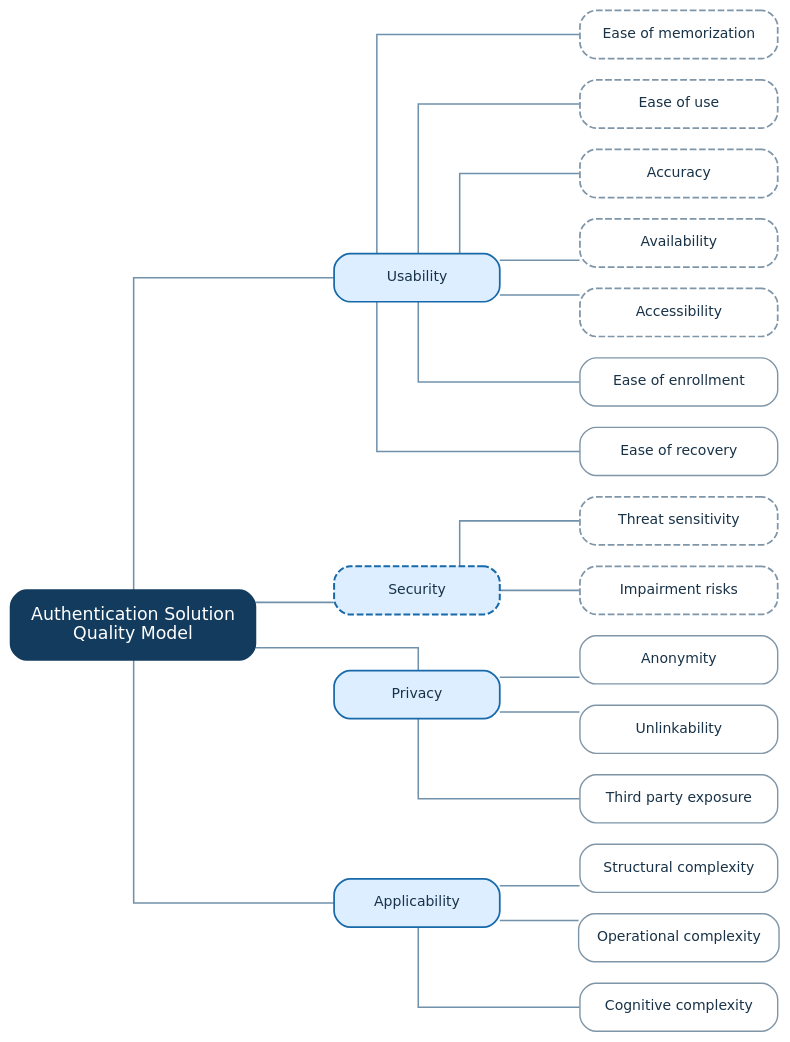
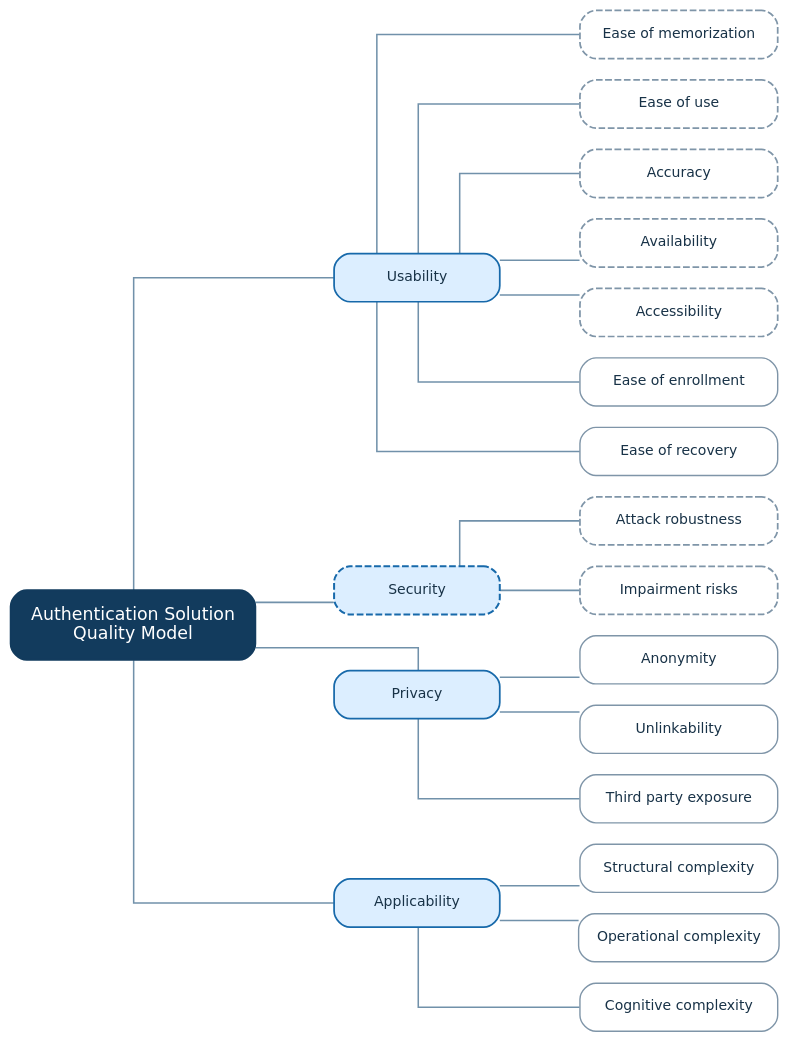
Before and after one commit to aqua-authentication/AQUA: the diagram in trees/solution-tree.dot, drawn with Graphviz. The commit also changed 31 other files, not shown here.

```diff
--- a/trees/solution-tree.dot
+++ b/trees/solution-tree.dot
@@ -1,94 +1,94 @@
 digraph QualityModel {
 
   graph [
     rankdir=LR,
     bgcolor="transparent",
     pad="0.14",
     margin="0.03",
     nodesep="0.22",
     ranksep="0.82",
     splines=ortho,
     outputorder=edgesfirst,
     ordering=out
   ];
 
   node [
     shape=box,
     style="rounded,filled",
     fontname="DejaVu Sans",
     fontsize=10.5,
     color="#7f95a8",
     fontcolor="#183247",
     penwidth=1.05,
     margin="0.18,0.11"
   ];
 
   edge [
     dir=none,
     color="#7191aa",
     penwidth=1.15
   ];
 
   Root [
     label="Authentication Solution\nQuality Model",
     fillcolor="#123b5d",
     fontcolor="white",
     color="#123b5d",
     fontsize=13,
     penwidth=1.5,
     width=2.25,
     height=0.72
   ];
 
   // Quality factors
   Usability       [label="Usability",     fillcolor="#dceeff", color="#1769aa", penwidth=1.3, width=1.72];
   Security        [label="Security",      fillcolor="#dceeff", color="#1769aa", penwidth=1.5, width=1.72, style="rounded,filled,dashed"];
   Privacy         [label="Privacy",       fillcolor="#dceeff", color="#1769aa", penwidth=1.3, width=1.72];
   Applicability   [label="Applicability", fillcolor="#dceeff", color="#1769aa", penwidth=1.3, width=1.72];
 
   // Quality subfactors
   EaseOfMemorization              [label="Ease of memorization",        fillcolor="white", width=2.05, style="rounded,filled,dashed", penwidth=1.3];
   EaseOfUse                       [label="Ease of use",                 fillcolor="white", width=2.05, style="rounded,filled,dashed", penwidth=1.3];
   Accuracy                        [label="Accuracy",                    fillcolor="white", width=2.05, style="rounded,filled,dashed", penwidth=1.3];
   Availability                    [label="Availability",                fillcolor="white", width=2.05, style="rounded,filled,dashed", penwidth=1.3];
   Accessibility                   [label="Accessibility",               fillcolor="white", width=2.05, style="rounded,filled,dashed", penwidth=1.3];
   EaseOfEnrollment                [label="Ease of enrollment",          fillcolor="white", width=2.05];
   EaseOfRecovery                  [label="Ease of recovery",            fillcolor="white", width=2.05];
 
-  ThreatSensitivity               [label="Threat sensitivity",          fillcolor="white", width=2.05, style="rounded,filled,dashed", penwidth=1.3];
+  AttackRobustness                [label="Attack robustness",          fillcolor="white", width=2.05, style="rounded,filled,dashed", penwidth=1.3];
   ImpairmentRisks                 [label="Impairment risks",            fillcolor="white", width=2.05, style="rounded,filled,dashed", penwidth=1.3];
 
   Anonymity                       [label="Anonymity",                   fillcolor="white", width=2.05];
   Unlinkability                   [label="Unlinkability",               fillcolor="white", width=2.05];
   ThirdPartyExposure              [label="Third party exposure",        fillcolor="white", width=2.05];
 
   StructuralComplexity            [label="Structural complexity",       fillcolor="white", width=2.05];
   OperationalComplexity           [label="Operational complexity",      fillcolor="white", width=2.05];
   CognitiveComplexity             [label="Cognitive complexity",        fillcolor="white", width=2.05];
 
  
   Root -> Usability;
   Root -> Security;
   Root -> Privacy;
   Root -> Applicability;
 
   
   Usability -> EaseOfMemorization;
   Usability -> EaseOfUse;
   Usability -> Accuracy;
   Usability -> Availability;
   Usability -> Accessibility;
   Usability -> EaseOfEnrollment;
   Usability -> EaseOfRecovery;
 
-  Security -> ThreatSensitivity;
+  Security -> AttackRobustness;
   Security -> ImpairmentRisks;
 
   Privacy -> Anonymity;
   Privacy -> Unlinkability;
   Privacy -> ThirdPartyExposure;
 
   Applicability -> StructuralComplexity;
   Applicability -> OperationalComplexity;
   Applicability -> CognitiveComplexity;
 }
```
